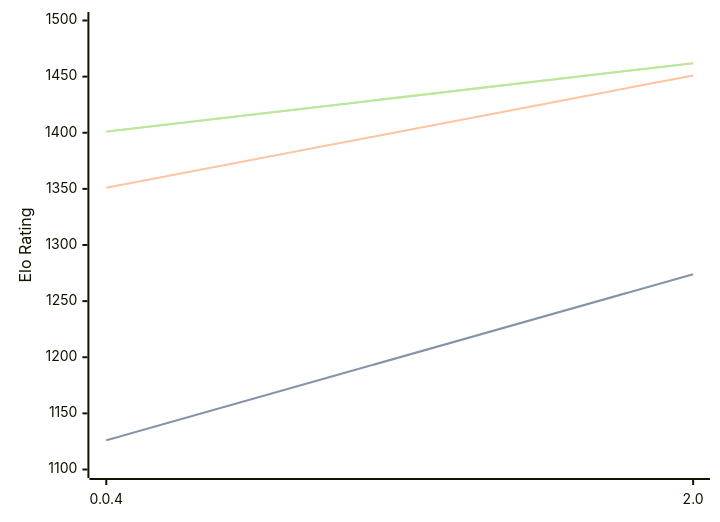
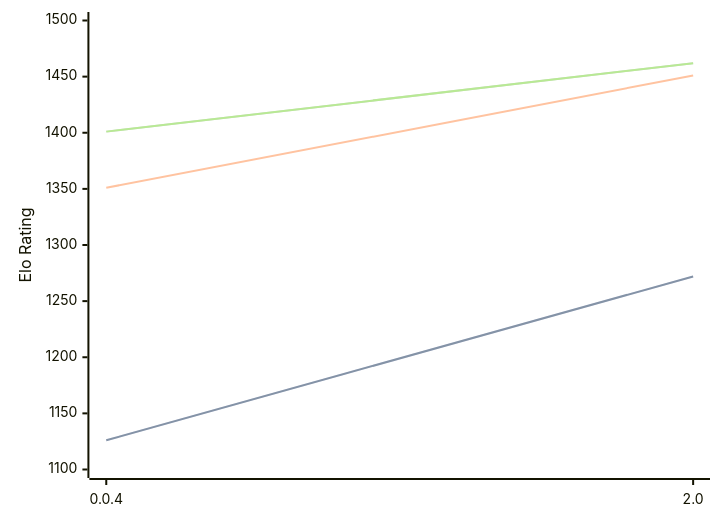
Before and after one commit to computer-chess-index/cci: the diagram in engines/Oops!Mate.md, drawn with Mermaid. The commit also changed other lines of this file, not shown here.

````diff
--- a/engines/Oops!Mate.md
+++ b/engines/Oops!Mate.md
@@ -52,11 +52,11 @@
 ```mermaid
 %%{init: {"theme":"base","themeVariables":{"seriesColors:['#a3a3a3','#222221','#faa371']}}}%%
 xychart-beta
   x-axis ["0.0.4", "2.0"]
   y-axis "Elo Rating" 1100 --> 1500
-  line "STC (8.0+0.08s)" [1126, 1274]
-  line "STC (8.0+0.08s)" [1126, 1274]
+  line "STC (8.0+0.08s)" [1126, 1272]
+  line "STC (8.0+0.08s)" [1126, 1272]
   line "LTC (60.0+0.60s)" [1351, 1451]
   line "VLTC (2m24s+1.12s)" [1401, 1462]
   line "VLTC (2m24s+1.12s)" [1401, 1462]
 ```
````
